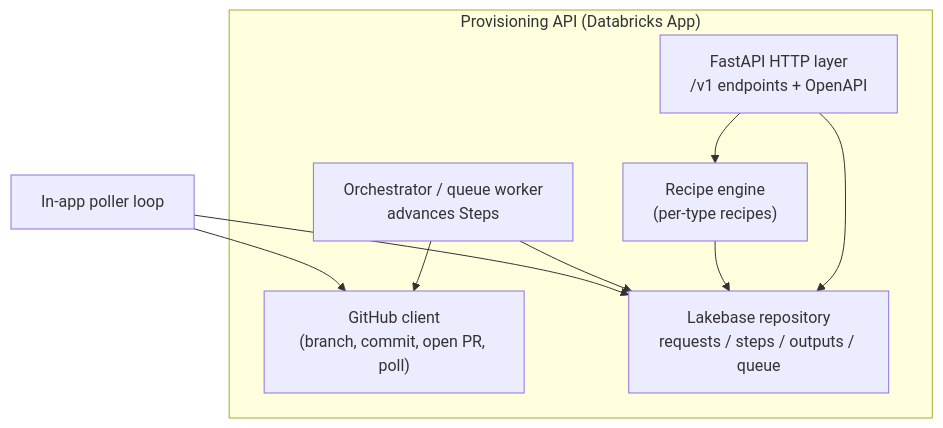
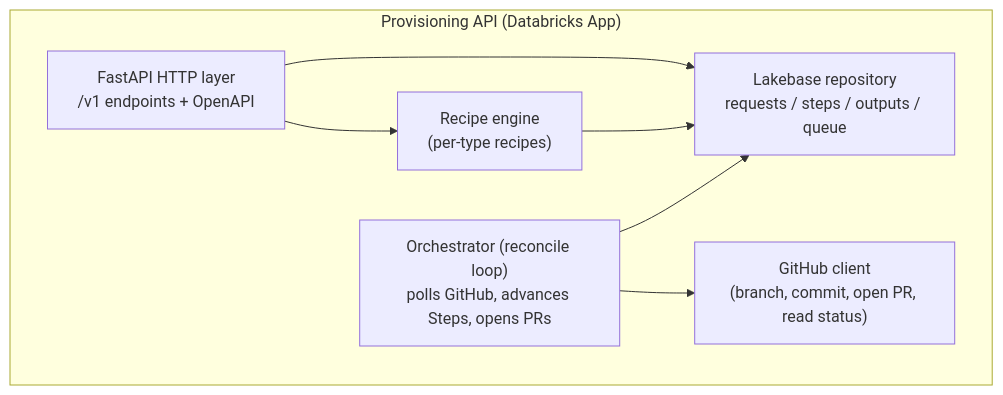
One commit to TaylorAHanson/terramate-api-wrapper changed the second of 6 diagrams in architecture.md. Above: the diagram before and after it, drawn with Mermaid. The commit also changed other lines of this file and 2 other files, not shown here.

First line of the commit message:
Restructure architecture proposal; finish Plan->Playbook rename

````diff
--- a/architecture.md
+++ b/architecture.md
@@ -88,17 +114,15 @@
 ```mermaid
 flowchart TB
   subgraph API["Provisioning API (Databricks App)"]
     HTTP["FastAPI HTTP layer<br/>/v1 endpoints + OpenAPI"]
     REC["Recipe engine<br/>(per-type recipes)"]
-    ORCH["Orchestrator / queue worker<br/>advances Steps"]
-    GH["GitHub client<br/>(branch, commit, open PR, poll)"]
+    ORCH["Orchestrator (reconcile loop)<br/>polls GitHub, advances Steps, opens PRs"]
+    GH["GitHub client<br/>(branch, commit, open PR, read status)"]
     STORE["Lakebase repository<br/>requests / steps / outputs / queue"]
   end
   HTTP --> REC
   HTTP --> STORE
   REC --> STORE
   ORCH --> STORE
   ORCH --> GH
-  POLL["In-app poller loop"] --> GH
-  POLL --> STORE
 ```
````
